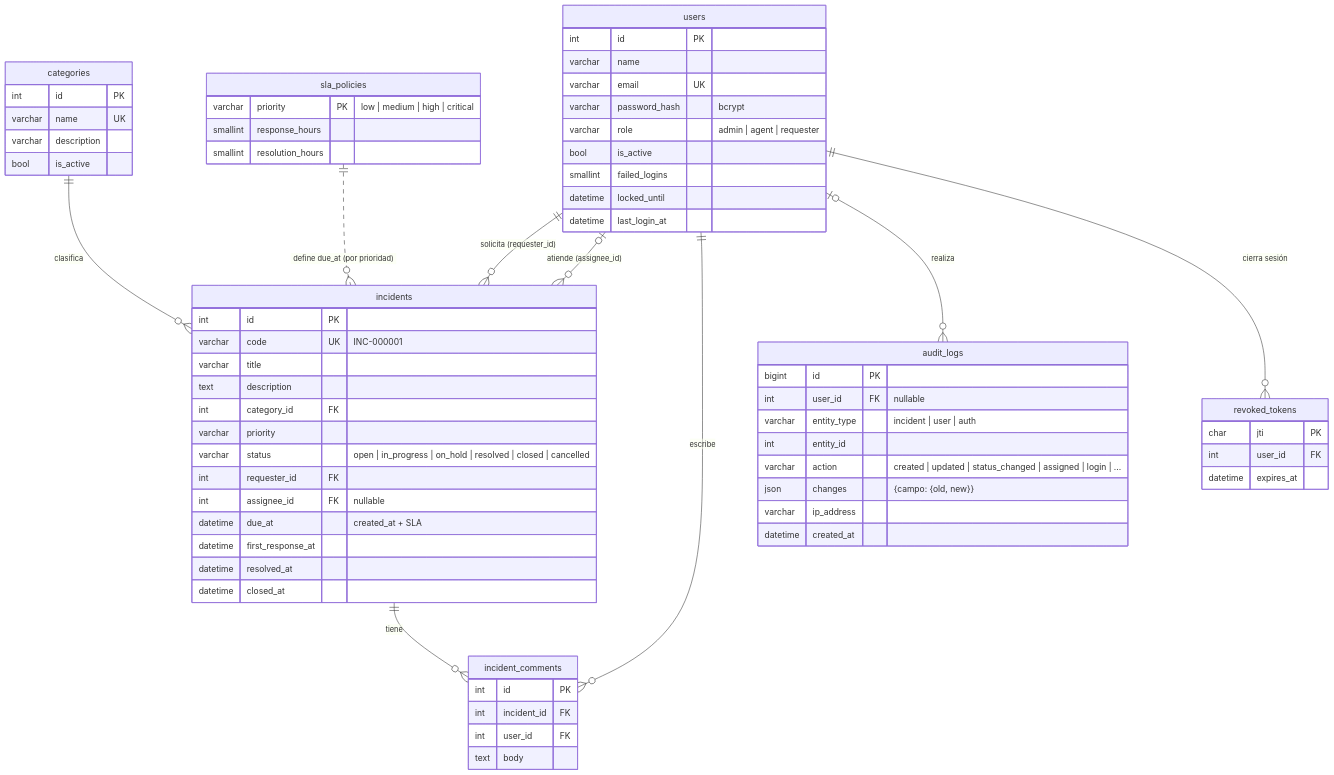
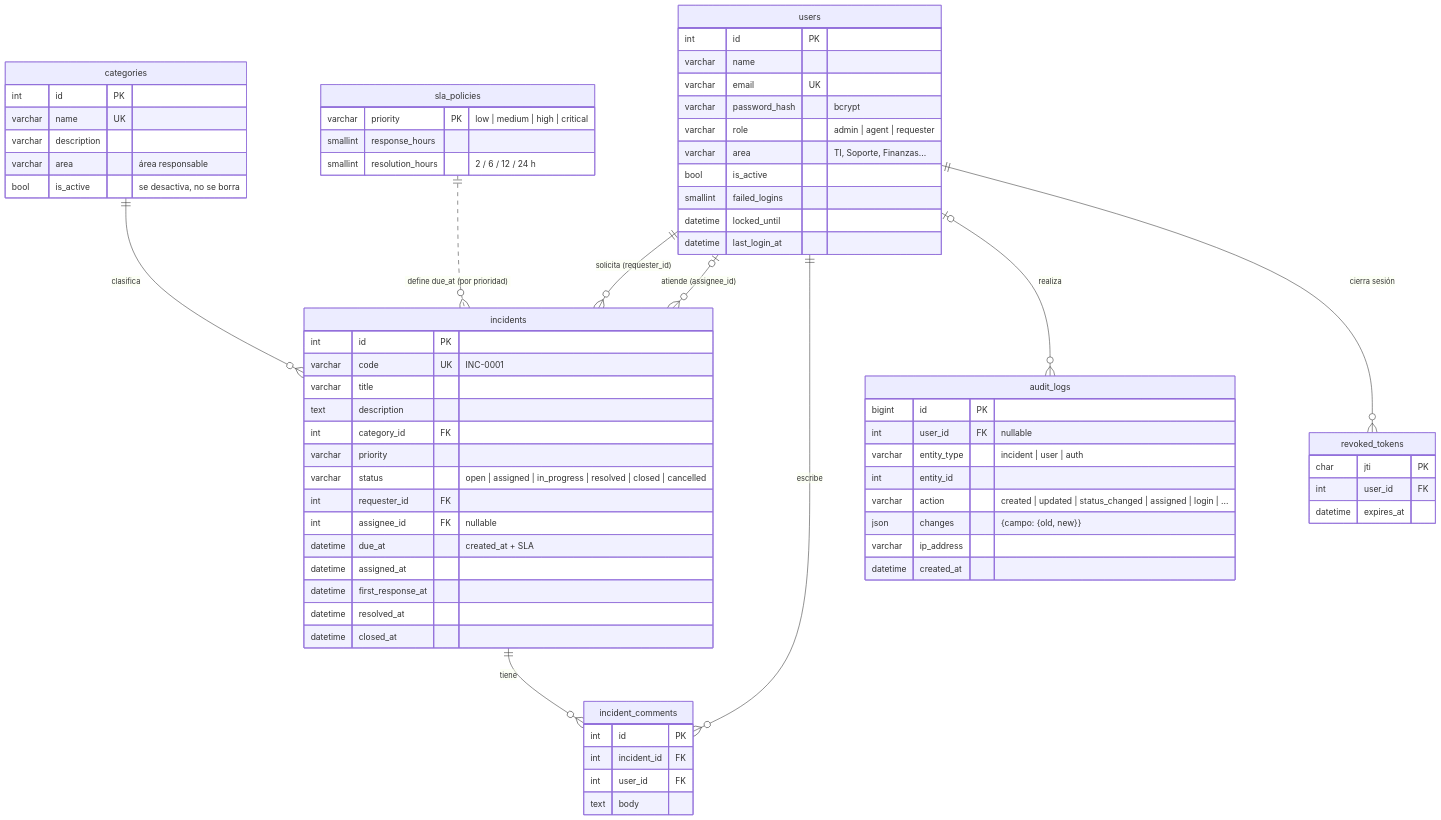
Before and after one commit to aldxrd/reto_kodex: the diagram in backend/docs/modelo-datos.md, drawn with Mermaid. The commit also changed other lines of this file and 22 other files, not shown here.

````diff
--- a/backend/docs/modelo-datos.md
+++ b/backend/docs/modelo-datos.md
@@ -5,70 +5,73 @@
 ```mermaid
 erDiagram
     users ||--o{ incidents : "solicita (requester_id)"
     users |o--o{ incidents : "atiende (assignee_id)"
     categories ||--o{ incidents : clasifica
     sla_policies ||..o{ incidents : "define due_at (por prioridad)"
     incidents ||--o{ incident_comments : tiene
     users ||--o{ incident_comments : escribe
     users |o--o{ audit_logs : "realiza"
     users ||--o{ revoked_tokens : "cierra sesión"
 
     users {
         int id PK
         varchar name
         varchar email UK
         varchar password_hash "bcrypt"
         varchar role "admin | agent | requester"
+        varchar area "TI, Soporte, Finanzas..."
         bool is_active
         smallint failed_logins
         datetime locked_until
         datetime last_login_at
     }
     categories {
         int id PK
         varchar name UK
         varchar description
-        bool is_active
+        varchar area "área responsable"
+        bool is_active "se desactiva, no se borra"
     }
     sla_policies {
         varchar priority PK "low | medium | high | critical"
         smallint response_hours
-        smallint resolution_hours
+        smallint resolution_hours "2 / 6 / 12 / 24 h"
     }
     incidents {
         int id PK
-        varchar code UK "INC-000001"
+        varchar code UK "INC-0001"
         varchar title
         text description
         int category_id FK
         varchar priority
-        varchar status "open | in_progress | on_hold | resolved | closed | cancelled"
+        varchar status "open | assigned | in_progress | resolved | closed | cancelled"
         int requester_id FK
         int assignee_id FK "nullable"
         datetime due_at "created_at + SLA"
+        datetime assigned_at
         datetime first_response_at
         datetime resolved_at
         datetime closed_at
     }
     incident_comments {
         int id PK
         int incident_id FK
         int user_id FK
         text body
     }
     audit_logs {
         bigint id PK
         int user_id FK "nullable"
         varchar entity_type "incident | user | auth"
         int entity_id
         varchar action "created | updated | status_changed | assigned | login | ..."
         json changes "{campo: {old, new}}"
         varchar ip_address
         datetime created_at
     }
     revoked_tokens {
         char jti PK
         int user_id FK
         datetime expires_at
     }
 ```
````
